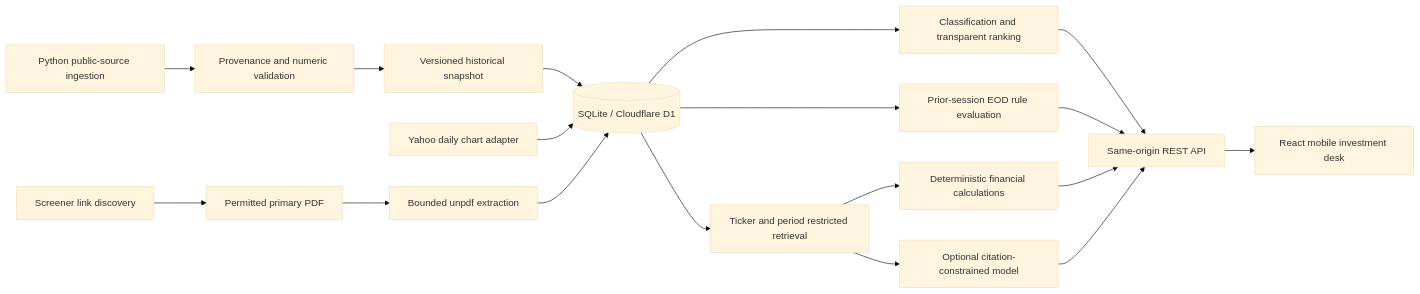
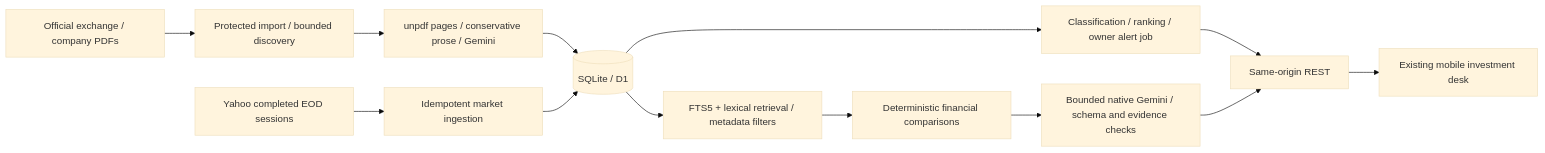
The diagram in docs/ARCHITECTURE.md (mrityunjaykumar23/FINN), drawn with Mermaid (base theme) before and after one commit. The commit also changed other lines of this file and 64 other files, not shown here.

Commit message:
feat: harden SQLite and add grounded Gemini workflows

````diff
--- a/docs/ARCHITECTURE.md
+++ b/docs/ARCHITECTURE.md
@@ -5,20 +5,15 @@
 ```mermaid
 flowchart LR
-  P[Python public-source ingestion] --> V[Provenance and numeric validation]
-  V --> S[Versioned historical snapshot]
-  S --> DB[(SQLite / Cloudflare D1)]
-  L[Yahoo daily chart adapter] --> DB
-  D[Screener link discovery] --> X[Permitted primary PDF]
-  X --> E[Bounded unpdf extraction]
-  E --> DB
-  DB --> C[Classification and transparent ranking]
-  DB --> A[Prior-session EOD rule evaluation]
-  DB --> R[Ticker and period restricted retrieval]
-  R --> N[Deterministic financial calculations]
-  R --> M[Optional citation-constrained model]
-  C --> API[Same-origin REST API]
-  A --> API
-  N --> API
-  M --> API
-  API --> UI[React mobile investment desk]
+  Primary[Official exchange / company PDFs] --> Import[Protected import / bounded discovery]
+  Market[Yahoo completed EOD sessions] --> Ingest[Idempotent market ingestion]
+  Import --> Extract[unpdf pages / conservative prose / Gemini]
+  Extract --> DB[(SQLite / D1)]
+  Ingest --> DB
+  DB --> Push[Classification / ranking / owner alert job]
+  DB --> RAG[FTS5 + lexical retrieval / metadata filters]
+  RAG --> Calc[Deterministic financial comparisons]
+  Calc --> AI[Bounded native Gemini / schema and evidence checks]
+  Push --> API[Same-origin REST]
+  AI --> API
+  API --> UI[Existing mobile investment desk]
 ```
````
